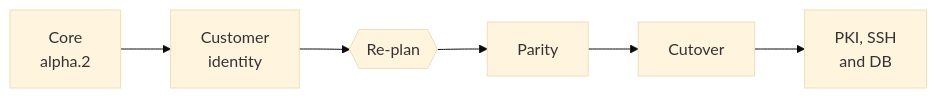
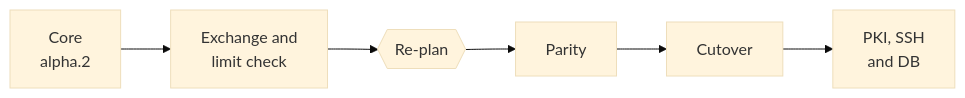
The diagram in docs/contributing/design.md (truvity/sluis), drawn with Mermaid (base theme) before and after one commit. The commit also changed other lines of this file and 44 other files, not shown here.

````diff
--- a/docs/contributing/design.md
+++ b/docs/contributing/design.md
@@ -81,8 +81,8 @@
 ```mermaid
 flowchart LR
-  core["Core<br/>alpha.2"] --> ci["Customer<br/>identity"]
+  core["Core<br/>alpha.2"] --> ci["Exchange and<br/>limit check"]
   ci --> replan{{"Re-plan"}}
   replan --> parity["Parity"]
   parity --> cutover["Cutover"]
   cutover --> addons["PKI, SSH<br/>and DB"]
 ```
````
